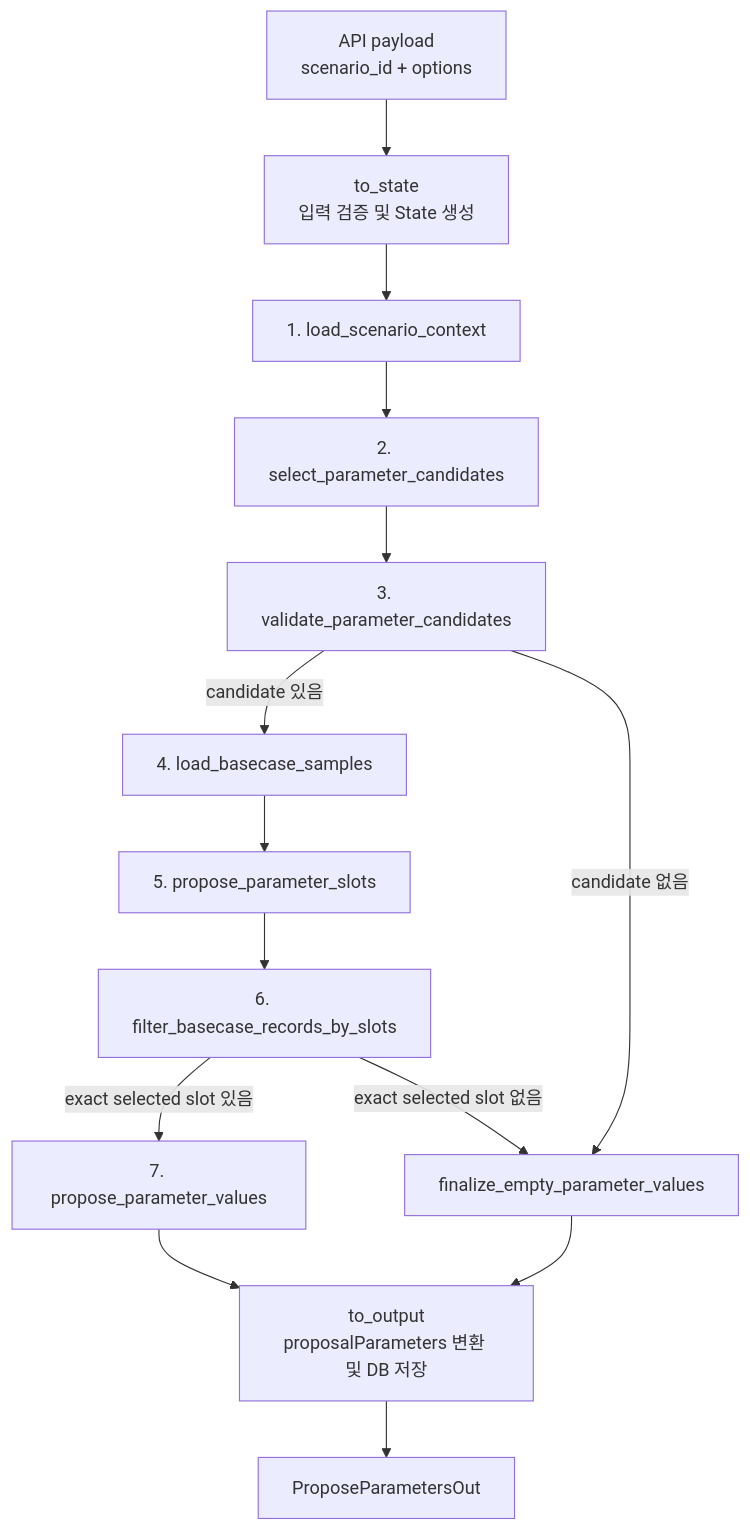
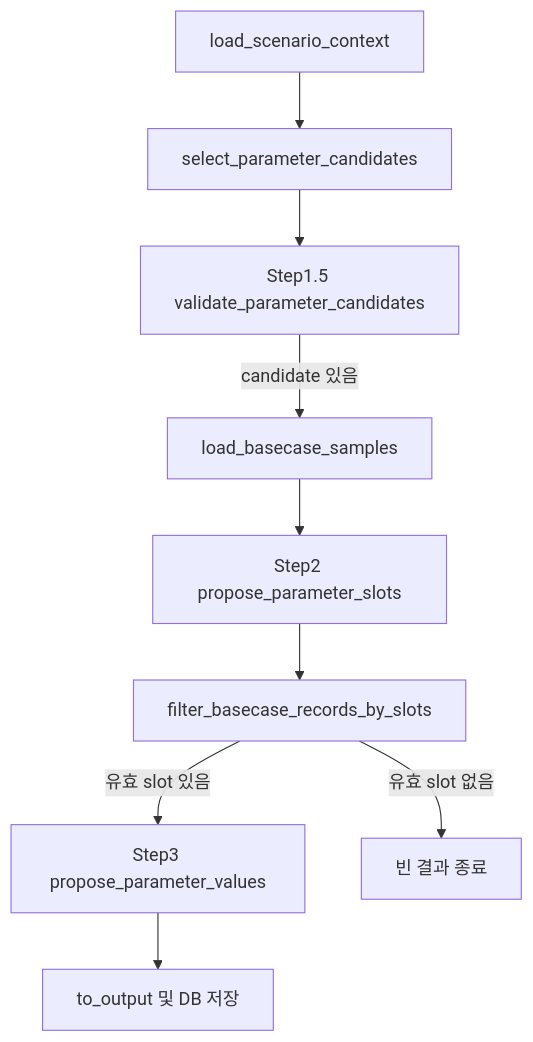
The diagram in apps/agents/model_parameter_agent/docs/MODEL_PARAMETER_AGENT_FLOW.md (enkhbaatarL/skmip-mi-agent), drawn with Mermaid before and after one commit. The commit also changed other lines of this file and 25 other files, not shown here.

Commit message:
feat(model-parameter): finalize LUT basecase proposal pipeline

````diff
--- a/apps/agents/model_parameter_agent/docs/MODEL_PARAMETER_AGENT_FLOW.md
+++ b/apps/agents/model_parameter_agent/docs/MODEL_PARAMETER_AGENT_FLOW.md
@@ -25,16 +21,11 @@
 ```mermaid
 flowchart TD
-    A[API payload<br/>scenario_id + options] --> B[to_state<br/>입력 검증 및 State 생성]
-    B --> C[1. load_scenario_context]
-    C --> D[2. select_parameter_candidates]
-    D --> E[3. validate_parameter_candidates]
-    E -->|candidate 있음| F[4. load_basecase_samples]
-    E -->|candidate 없음| X[finalize_empty_parameter_values]
-    F --> G[5. propose_parameter_slots]
-    G --> H[6. filter_basecase_records_by_slots]
-    H -->|exact selected slot 있음| I[7. propose_parameter_values]
-    H -->|exact selected slot 없음| X
-    I --> J[to_output<br/>proposalParameters 변환 및 DB 저장]
-    X --> J
-    J --> K[ProposeParametersOut]
+    A[load_scenario_context] --> B[select_parameter_candidates]
+    B --> C[Step1.5 validate_parameter_candidates]
+    C -->|candidate 있음| D[load_basecase_samples]
+    D --> E[Step2 propose_parameter_slots]
+    E --> F[filter_basecase_records_by_slots]
+    F -->|유효 slot 있음| G[Step3 propose_parameter_values]
+    F -->|유효 slot 없음| X[빈 결과 종료]
+    G --> H[to_output 및 DB 저장]
 ```
````
